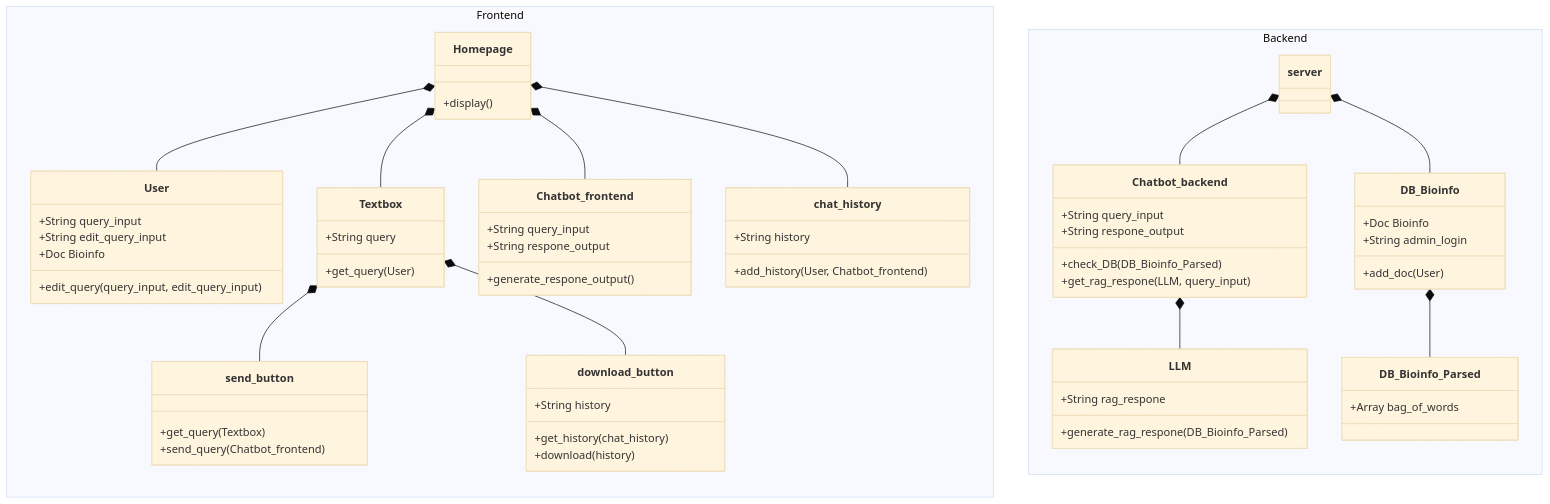
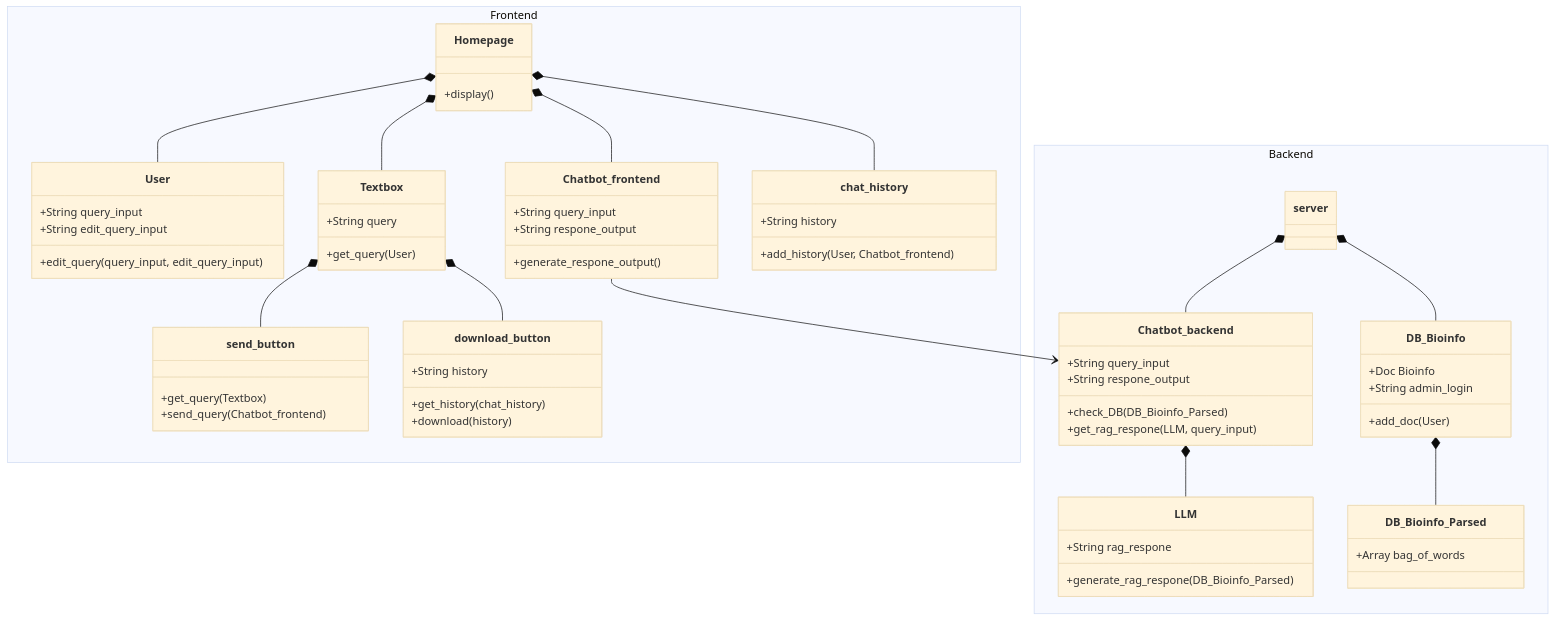
One commit to Capstone-Projects-2025-Spring/project-003-bioinformatics-chatbot changed the first of 3 diagrams in documentation/docs/system-architecture/Class_Diagram.md. Above: the diagram before and after it, drawn with Mermaid (base theme).

````diff
--- a/documentation/docs/system-architecture/Class_Diagram.md
+++ b/documentation/docs/system-architecture/Class_Diagram.md
@@ -8,6 +8,6 @@
 ```mermaid
 classDiagram
-direction BT
+direction TT
 	namespace Frontend {
         class Homepage {
 	        +display()
@@ -27,7 +27,6 @@
         class User {
 	        +String query_input
 	        +String edit_query_input
-	        +Doc Bioinfo
 	        +edit_query(query_input, edit_query_input)
         }
 
@@ -83,6 +82,8 @@
     Textbox *-- send_button
     Textbox *-- download_button
 
+    Chatbot_frontend --> Chatbot_backend
+
     server *-- Chatbot_backend
     server *-- DB_Bioinfo
     Chatbot_backend *-- LLM
````
